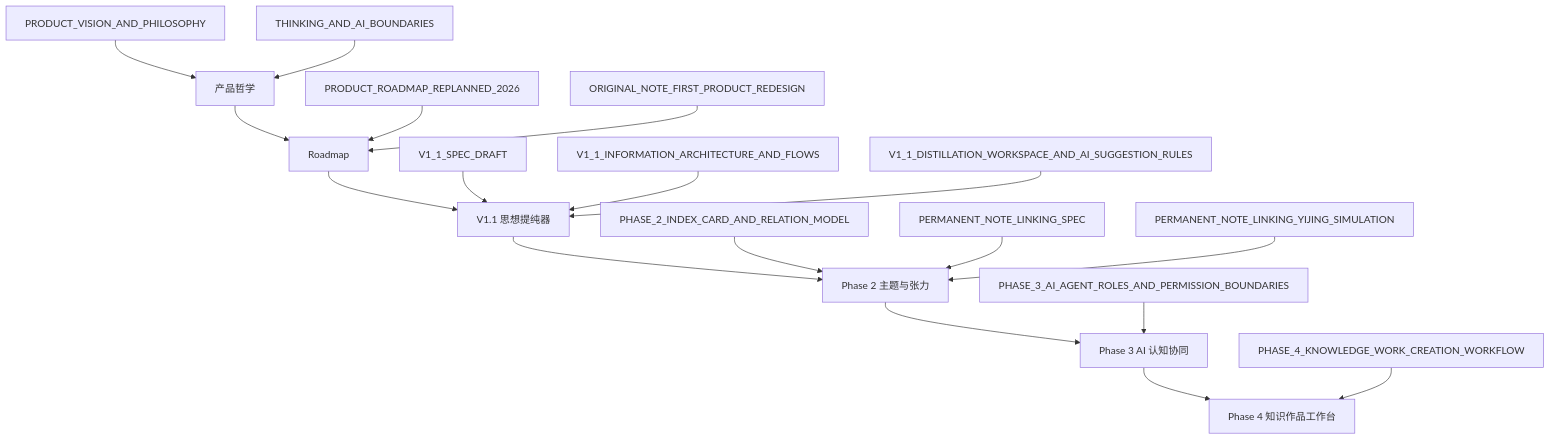
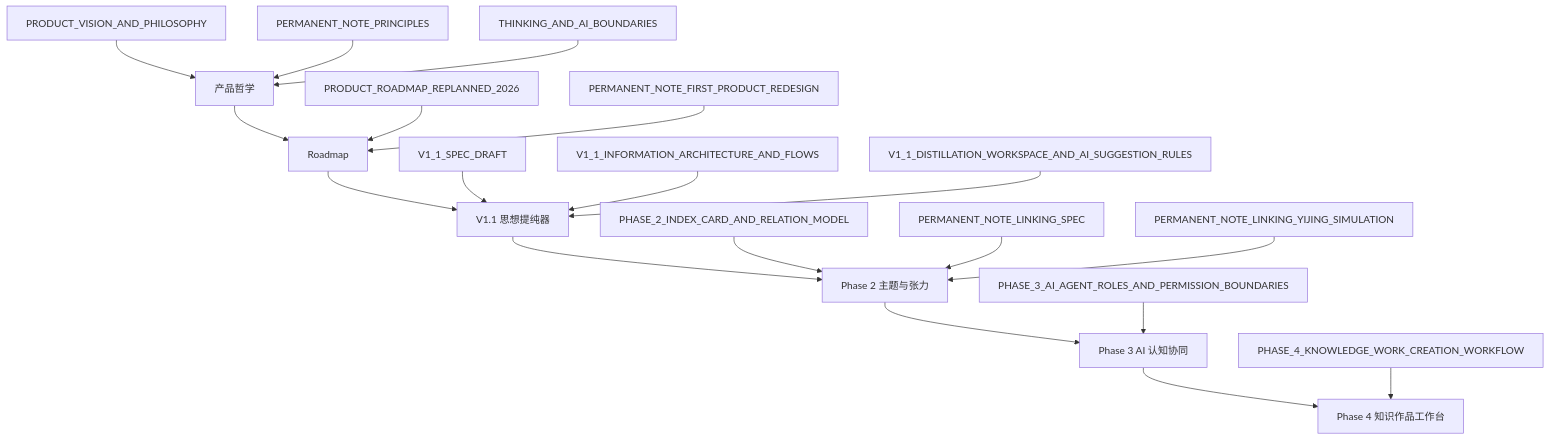
One commit to lidiansen58-debug/yansilu changed the diagram in docs/PRODUCT_PLANNING_INDEX.md. Above: the diagram before and after it, drawn with Mermaid. The commit also changed other lines of this file and 62 other files, not shown here.

Commit message:
Rename original notes to permanent notes

````diff
--- a/docs/PRODUCT_PLANNING_INDEX.md
+++ b/docs/PRODUCT_PLANNING_INDEX.md
@@ -221,21 +222,22 @@
 ```mermaid
 flowchart TB
   A["产品哲学"] --> B["Roadmap"]
   B --> C["V1.1 思想提纯器"]
   C --> D["Phase 2 主题与张力"]
   D --> E["Phase 3 AI 认知协同"]
   E --> F["Phase 4 知识作品工作台"]
 
   A1["PRODUCT_VISION_AND_PHILOSOPHY"] --> A
-  A2["THINKING_AND_AI_BOUNDARIES"] --> A
+  A2["PERMANENT_NOTE_PRINCIPLES"] --> A
+  A3["THINKING_AND_AI_BOUNDARIES"] --> A
   B1["PRODUCT_ROADMAP_REPLANNED_2026"] --> B
-  B2["ORIGINAL_NOTE_FIRST_PRODUCT_REDESIGN"] --> B
+  B2["PERMANENT_NOTE_FIRST_PRODUCT_REDESIGN"] --> B
   C1["V1_1_SPEC_DRAFT"] --> C
   C2["V1_1_INFORMATION_ARCHITECTURE_AND_FLOWS"] --> C
   C3["V1_1_DISTILLATION_WORKSPACE_AND_AI_SUGGESTION_RULES"] --> C
   D1["PHASE_2_INDEX_CARD_AND_RELATION_MODEL"] --> D
   D2["PERMANENT_NOTE_LINKING_SPEC"] --> D
   D3["PERMANENT_NOTE_LINKING_YIJING_SIMULATION"] --> D
   E1["PHASE_3_AI_AGENT_ROLES_AND_PERMISSION_BOUNDARIES"] --> E
   F1["PHASE_4_KNOWLEDGE_WORK_CREATION_WORKFLOW"] --> F
 ```
````
